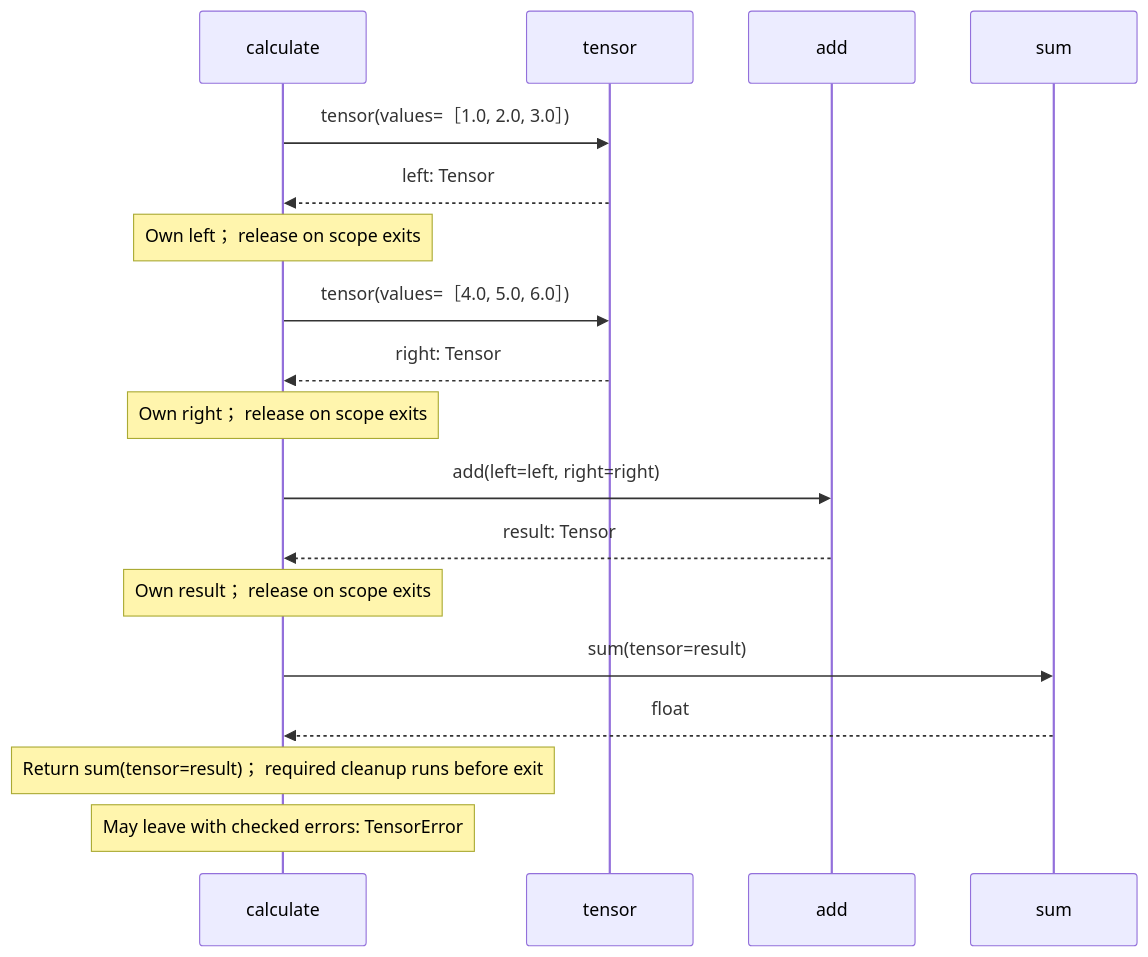
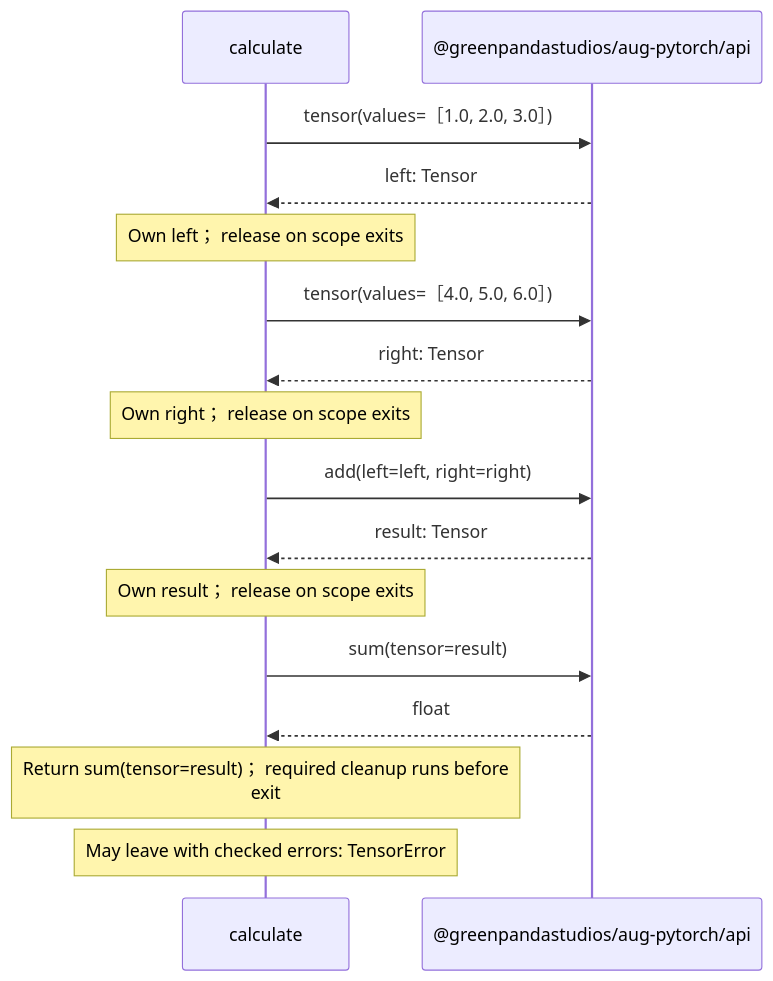
The second of 2 diagrams in docs/examples/native-pytorch/tensors-diagrams.md (GreenPandaStudios/augscript), drawn with Mermaid before and after one commit. The commit also changed 200 other files, not shown here.

Commit message:
Group imported operations and wrap readable sequence messages

````diff
--- a/docs/examples/native-pytorch/tensors-diagrams.md
+++ b/docs/examples/native-pytorch/tensors-diagrams.md
@@ -50,20 +50,18 @@
 ```mermaid
 sequenceDiagram
     participant p0 as calculate
-    participant p1 as tensor
-    participant p2 as add
-    participant p3 as sum
+    participant p1 as @greenpandastudios/aug-pytorch/api
     p0->>p1: tensor(values=［1.0, 2.0, 3.0］)
     p1-->>p0: left: Tensor
     Note over p0: Own left； release on scope exits
     p0->>p1: tensor(values=［4.0, 5.0, 6.0］)
     p1-->>p0: right: Tensor
     Note over p0: Own right； release on scope exits
-    p0->>p2: add(left=left, right=right)
-    p2-->>p0: result: Tensor
+    p0->>p1: add(left=left, right=right)
+    p1-->>p0: result: Tensor
     Note over p0: Own result； release on scope exits
-    p0->>p3: sum(tensor=result)
-    p3-->>p0: float
-    Note over p0: Return sum(tensor=result)； required cleanup runs before exit
+    p0->>p1: sum(tensor=result)
+    p1-->>p0: float
+    Note over p0: Return sum(tensor=result)； required cleanup runs before<br/>exit
     Note over p0: May leave with checked errors: TensorError
 ```
````
